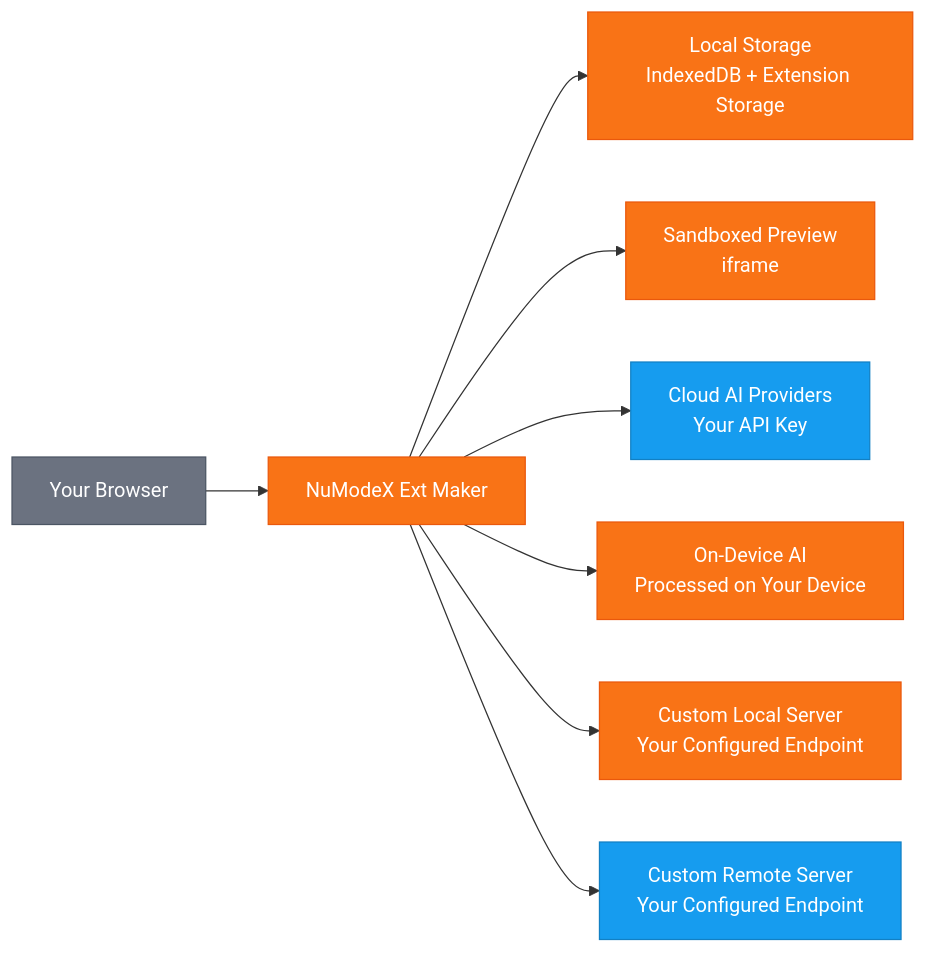
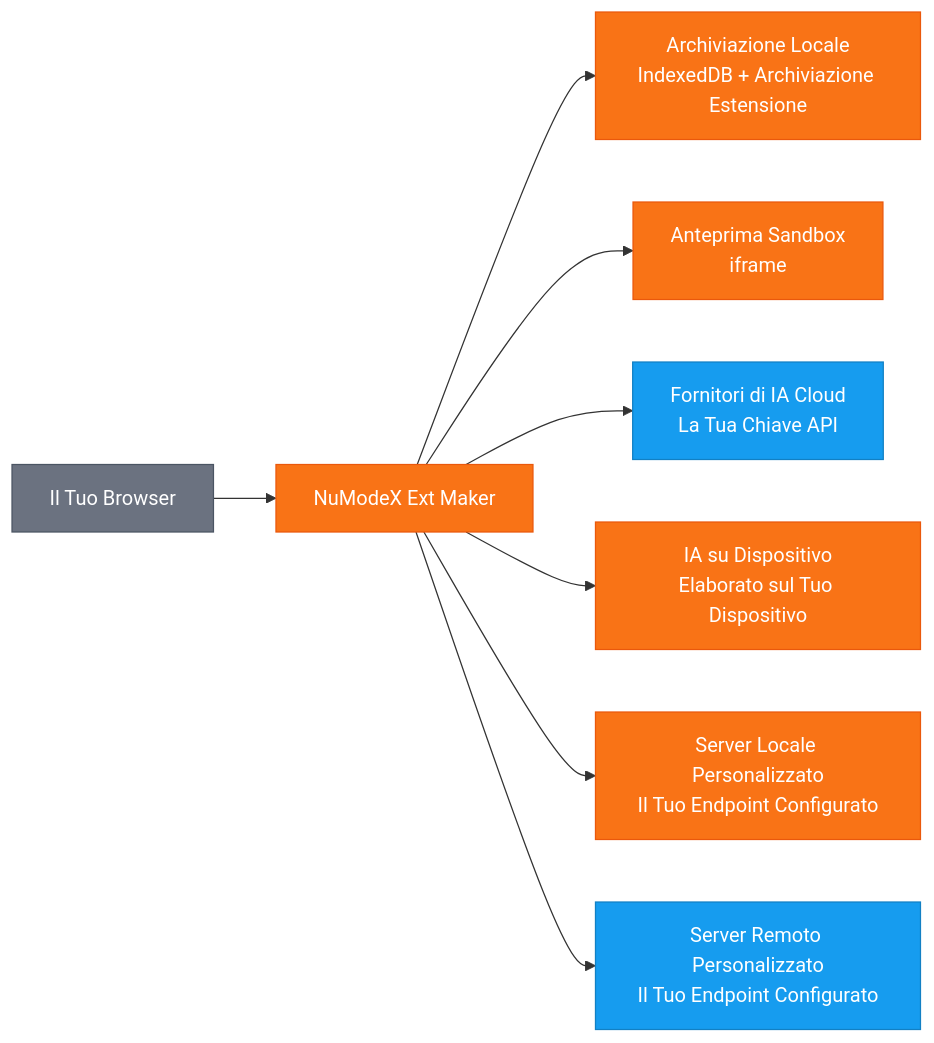
One commit to SoraVantia/NuModeX-Ext-Maker changed the diagram in README.it.md. Above: the diagram before and after it, drawn with Mermaid.

````diff
--- a/README.it.md
+++ b/README.it.md
@@ -44,19 +44,19 @@
 ```mermaid
 graph LR
-    A[Your Browser] --> B[NuModeX Ext Maker]
-    B --> C[Local Storage<br/>IndexedDB + Extension Storage]
-    B --> D[Sandboxed Preview<br/>iframe]
-    B --> E[Cloud AI Providers<br/>Your API Key]
-    B --> F[On-Device AI<br/>Processed on Your Device]
-    B --> G[Custom Local Server<br/>Your Configured Endpoint]
-    B --> H[Custom Remote Server<br/>Your Configured Endpoint]
+    A[Il Tuo Browser] --> B[NuModeX Ext Maker]
+    B --> C[Archiviazione Locale<br/>IndexedDB + Archiviazione Estensione]
+    B --> D[Anteprima Sandbox<br/>iframe]
+    B --> E[Fornitori di IA Cloud<br/>La Tua Chiave API]
+    B --> F[IA su Dispositivo<br/>Elaborato sul Tuo Dispositivo]
+    B --> G[Server Locale Personalizzato<br/>Il Tuo Endpoint Configurato]
+    B --> H[Server Remoto Personalizzato<br/>Il Tuo Endpoint Configurato]
 
     style A fill:#6b7280,color:#fff,stroke:#4b5563
     style B fill:#f97316,color:#fff,stroke:#ea580c
     style C fill:#f97316,color:#fff,stroke:#ea580c
     style D fill:#f97316,color:#fff,stroke:#ea580c
     style E fill:#169cef,color:#fff,stroke:#1280c4
     style F fill:#f97316,color:#fff,stroke:#ea580c
     style G fill:#f97316,color:#fff,stroke:#ea580c
     style H fill:#169cef,color:#fff,stroke:#1280c4
 ```
````
